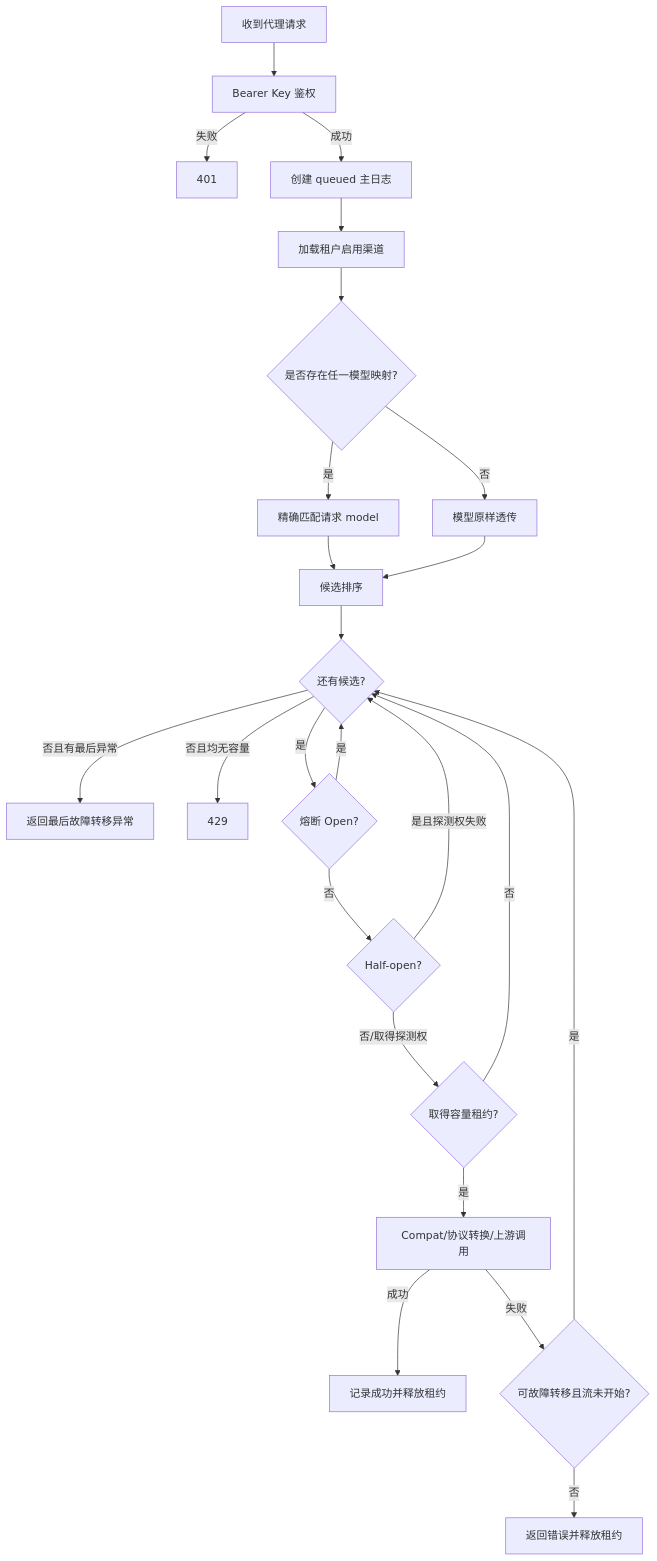
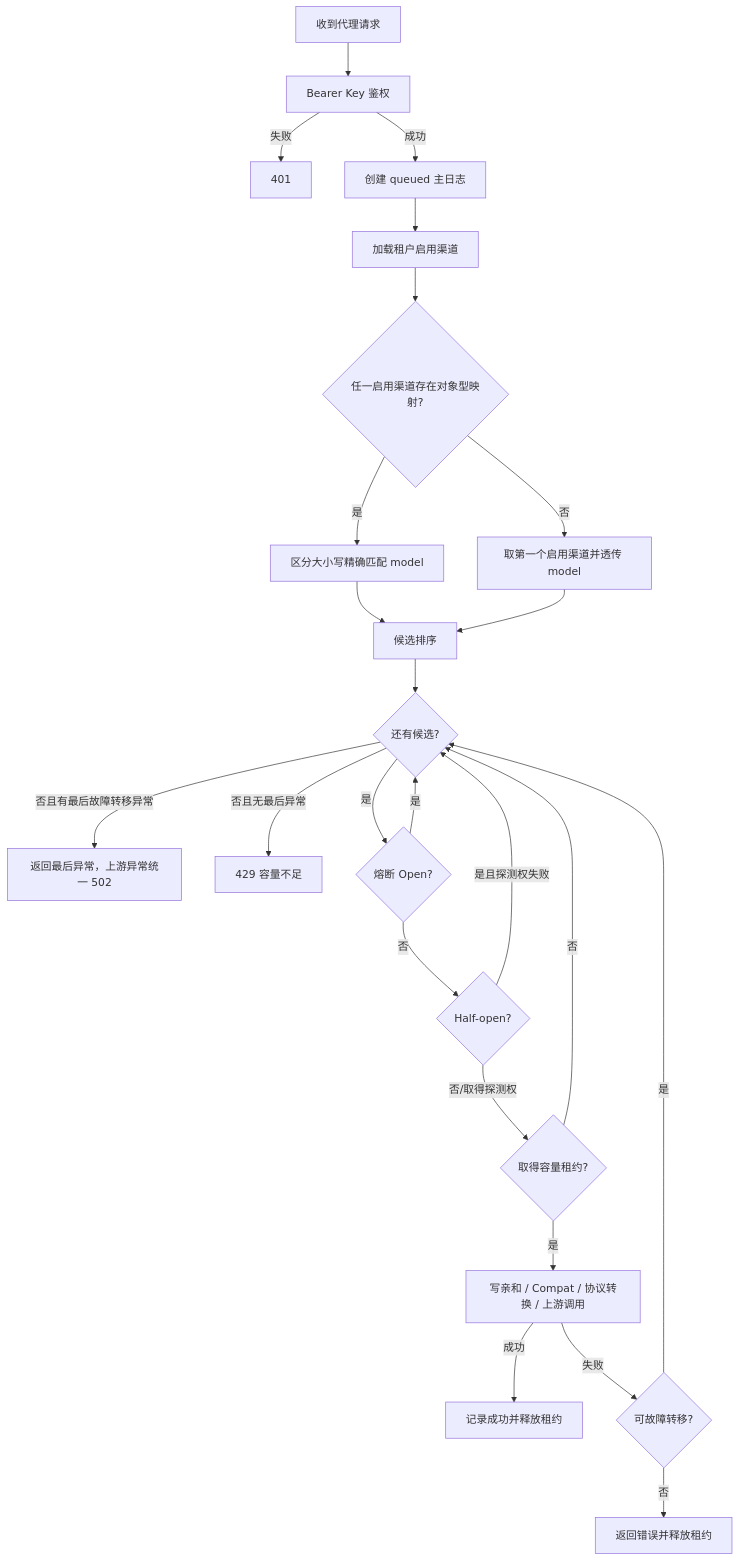
Before and after one commit to shL1481558059/OpenCodex: the first of 2 diagrams in prd/07-routing-and-reliability.md, drawn with Mermaid. The commit also changed other lines of this file and 21 other files, not shown here.

````diff
--- a/prd/07-routing-and-reliability.md
+++ b/prd/07-routing-and-reliability.md
@@ -122,26 +124,26 @@
 ```mermaid
 flowchart TD
     A[收到代理请求] --> B[Bearer Key 鉴权]
     B -- 失败 --> B1[401]
     B -- 成功 --> C[创建 queued 主日志]
     C --> D[加载租户启用渠道]
-    D --> E{是否存在任一模型映射?}
-    E -- 是 --> F[精确匹配请求 model]
-    E -- 否 --> G[模型原样透传]
+    D --> E{任一启用渠道存在对象型映射?}
+    E -- 是 --> F[区分大小写精确匹配 model]
+    E -- 否 --> G[取第一个启用渠道并透传 model]
     F --> H[候选排序]
     G --> H
     H --> I{还有候选?}
-    I -- 否且有最后异常 --> X[返回最后故障转移异常]
-    I -- 否且均无容量 --> Y[429]
+    I -- 否且有最后故障转移异常 --> X[返回最后异常，上游异常统一 502]
+    I -- 否且无最后异常 --> Y[429 容量不足]
     I -- 是 --> J{熔断 Open?}
     J -- 是 --> I
     J -- 否 --> K{Half-open?}
     K -- 是且探测权失败 --> I
     K -- 否/取得探测权 --> L{取得容量租约?}
     L -- 否 --> I
-    L -- 是 --> M[Compat/协议转换/上游调用]
+    L -- 是 --> M[写亲和 / Compat / 协议转换 / 上游调用]
     M -- 成功 --> N[记录成功并释放租约]
-    M -- 失败 --> O{可故障转移且流未开始?}
+    M -- 失败 --> O{可故障转移?}
     O -- 是 --> I
     O -- 否 --> P[返回错误并释放租约]
 ```
````
